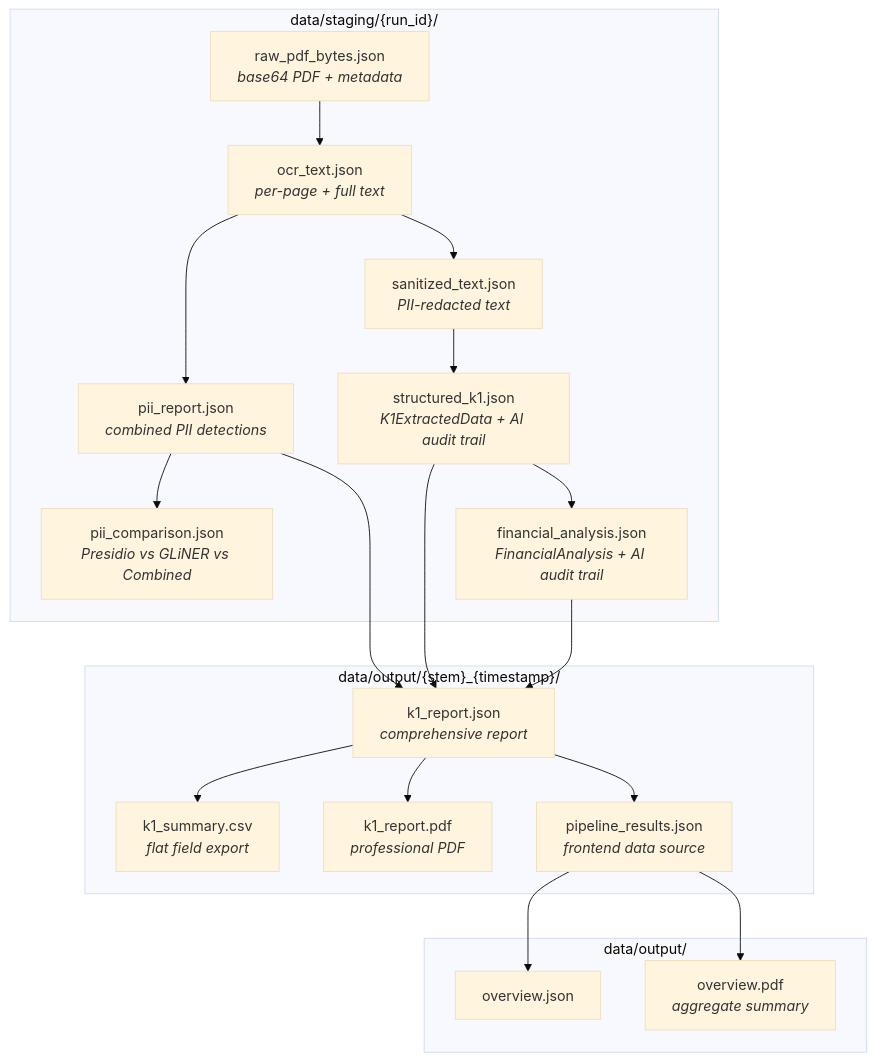
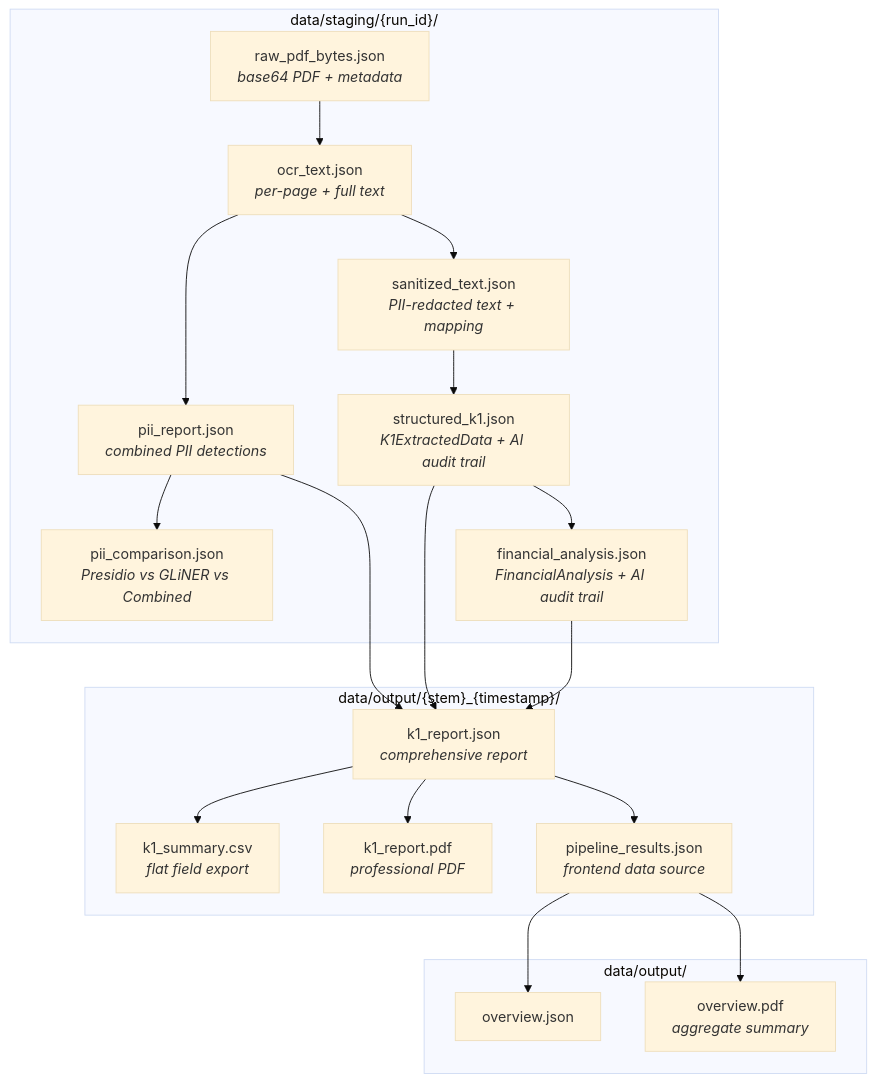
The fifth of 6 diagrams in README.md (danielpodrazka/dagster-document-intelligence), drawn with Mermaid (base theme) before and after one commit. The commit also changed other lines of this file, not shown here.

Commit message:
Update README to reflect instance-aware PII placeholders

````diff
--- a/README.md
+++ b/README.md
@@ -217,39 +217,39 @@
 ```mermaid
 graph TD
     subgraph Staging["data/staging/{run_id}/"]
         S1["raw_pdf_bytes.json<br/><i>base64 PDF + metadata</i>"]
         S2["ocr_text.json<br/><i>per-page + full text</i>"]
         S3["pii_report.json<br/><i>combined PII detections</i>"]
         S4["pii_comparison.json<br/><i>Presidio vs GLiNER vs Combined</i>"]
-        S5["sanitized_text.json<br/><i>PII-redacted text</i>"]
+        S5["sanitized_text.json<br/><i>PII-redacted text + mapping</i>"]
         S6["structured_k1.json<br/><i>K1ExtractedData + AI audit trail</i>"]
         S7["financial_analysis.json<br/><i>FinancialAnalysis + AI audit trail</i>"]
     end
 
     subgraph Output["data/output/{stem}_{timestamp}/"]
         O1["k1_report.json<br/><i>comprehensive report</i>"]
         O2["k1_summary.csv<br/><i>flat field export</i>"]
         O3["k1_report.pdf<br/><i>professional PDF</i>"]
         O4["pipeline_results.json<br/><i>frontend data source</i>"]
     end
 
     subgraph Overview["data/output/"]
         OV1["overview.json"]
         OV2["overview.pdf<br/><i>aggregate summary</i>"]
     end
 
     S1 --> S2
     S2 --> S3
     S2 --> S5
     S3 --> S4
     S5 --> S6
     S6 --> S7
     S3 --> O1
     S6 --> O1
     S7 --> O1
     O1 --> O2
     O1 --> O3
     O1 --> O4
     O4 --> OV1
     O4 --> OV2
 ```
````
